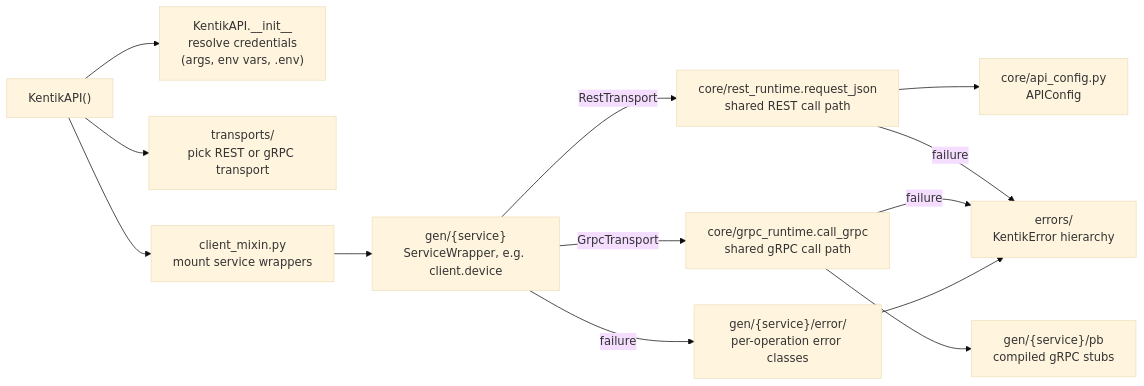
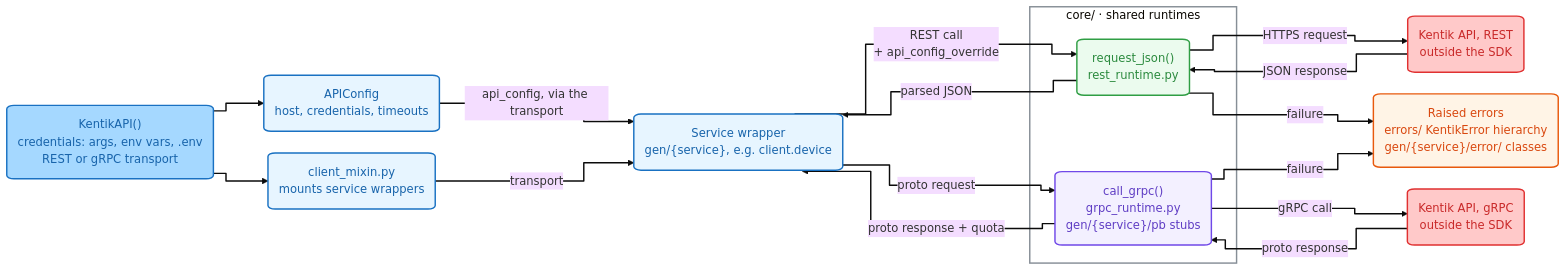
One commit to alexdearaujo/community_sdk_python changed the diagram in src/kentik_api/README.md. Above: the diagram before and after it, drawn with Mermaid (base theme). The commit also changed 129 other files, not shown here.

````diff
--- a/src/kentik_api/README.md
+++ b/src/kentik_api/README.md
@@ -28,16 +28,50 @@
 ```mermaid
+%%{init: {"fontFamily": "ui-monospace, SFMono-Regular, Menlo, monospace", "flowchart": {"curve": "step", "nodeSpacing": 30, "rankSpacing": 70, "wrappingWidth": 400}}}%%
 flowchart LR
-    A["KentikAPI()"] --> B["KentikAPI.__init__<br/>resolve credentials<br/>(args, env vars, .env)"]
-    A --> C["transports/<br/>pick REST or gRPC transport"]
-    A --> D["client_mixin.py<br/>mount service wrappers"]
-    D --> E["gen/{service}<br/>ServiceWrapper, e.g. client.device"]
-    E -->|RestTransport| F["core/rest_runtime.request_json<br/>shared REST call path"]
-    E -->|GrpcTransport| J["core/grpc_runtime.call_grpc<br/>shared gRPC call path"]
-    F --> G["core/api_config.py<br/>APIConfig"]
-    J --> K["gen/{service}/pb<br/>compiled gRPC stubs"]
-    F -->|failure| H["errors/<br/>KentikError hierarchy"]
-    J -->|failure| H
-    E -->|failure| I["gen/{service}/error/<br/>per-operation error classes"]
-    I --> H
+  kapi("KentikAPI()<br/>credentials: args, env vars, .env<br/>REST or gRPC transport"):::blueSrc
+  cfg("APIConfig<br/>host, credentials, timeouts"):::blue
+  mixin("client_mixin.py<br/>mounts service wrappers"):::blue
+  wrap("Service wrapper<br/>gen/{service}, e.g. client.device"):::blue
 
+  subgraph core["core/ · shared runtimes"]
+    rj("request_json()<br/>rest_runtime.py"):::green
+    cg("call_grpc()<br/>grpc_runtime.py<br/>gen/{service}/pb stubs"):::violet
+  end
+
+  restApi("Kentik API, REST<br/>outside the SDK"):::redSrc
+  err("Raised errors<br/>errors/ KentikError hierarchy<br/>gen/{service}/error/ classes"):::orange
+  grpcApi("Kentik API, gRPC<br/>outside the SDK"):::redSrc
+
+  kapi --> cfg
+  kapi --> mixin
+  cfg -->|"api_config, via the transport"| wrap
+  mixin -->|"transport"| wrap
+  wrap -->|"REST call<br/>+ api_config_override"| rj
+  rj -->|"parsed JSON"| wrap
+  wrap -->|"proto request"| cg
+  cg -->|"proto response + quota"| wrap
+  rj -->|"HTTPS request"| restApi
+  restApi -->|"JSON response"| rj
+  rj -->|"failure"| err
+  cg -->|"failure"| err
+  cg -->|"gRPC call"| grpcApi
+  grpcApi -->|"proto response"| cg
+
+  click kapi "client.py"
+  click cfg "core/api_config.py"
+  click mixin "client_mixin.py"
+  click wrap "gen/README.md"
+  click rj "core/rest_runtime.py"
+  click cg "core/grpc_runtime.py"
+  click err "errors/README.md"
+
+  classDef blueSrc fill:#a5d8ff,stroke:#1971c2,color:#1864ab
+  classDef blue fill:#e7f5ff,stroke:#1971c2,color:#1864ab
+  classDef green fill:#ebfbee,stroke:#2f9e44,color:#2b8a3e
+  classDef violet fill:#f3f0ff,stroke:#7048e8,color:#5f3dc4
+  classDef orange fill:#fff4e6,stroke:#e8590c,color:#d9480f
+  classDef redSrc fill:#ffc9c9,stroke:#e03131,color:#c92a2a
+  classDef blueSrc,blue,green,violet,orange,redSrc stroke-width:2px,rx:10px
+  style core fill:none,stroke:#868e96,stroke-width:2px
+  linkStyle default stroke-width:2px,stroke-linecap:round,stroke-linejoin:round
 ```
````
